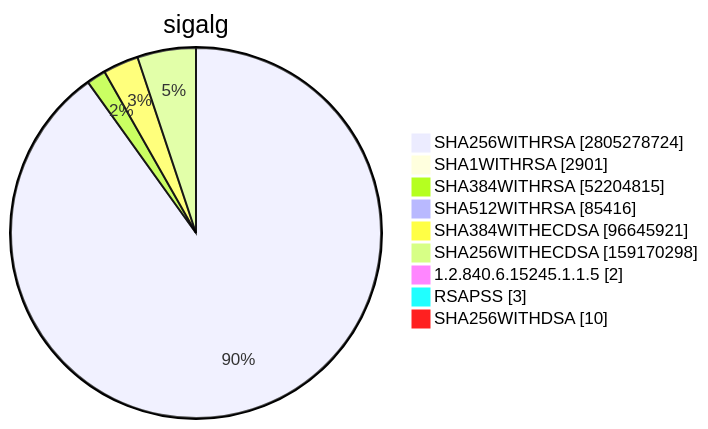
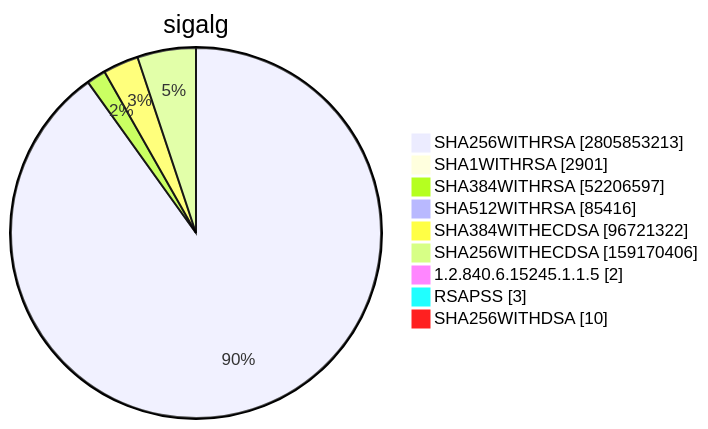
Diagram 15 of 15 in TOTAL/README.md (christiankrug/ctmonitor_visualization), drawn with Mermaid before and after one commit. The commit also changed other lines of this file, not shown here.

````diff
--- a/TOTAL/README.md
+++ b/TOTAL/README.md
@@ -6205,13 +6205,13 @@
 ```mermaid
 pie showData
 title sigalg
-"SHA256WITHRSA" :2805278724
+"SHA256WITHRSA" :2805853213
 "SHA1WITHRSA" :2901
-"SHA384WITHRSA" :52204815
+"SHA384WITHRSA" :52206597
 "SHA512WITHRSA" :85416
-"SHA384WITHECDSA" :96645921
-"SHA256WITHECDSA" :159170298
+"SHA384WITHECDSA" :96721322
+"SHA256WITHECDSA" :159170406
 "1.2.840.6.15245.1.1.5" :2
 "RSAPSS" :3
 "SHA256WITHDSA" :10
 ```
````
